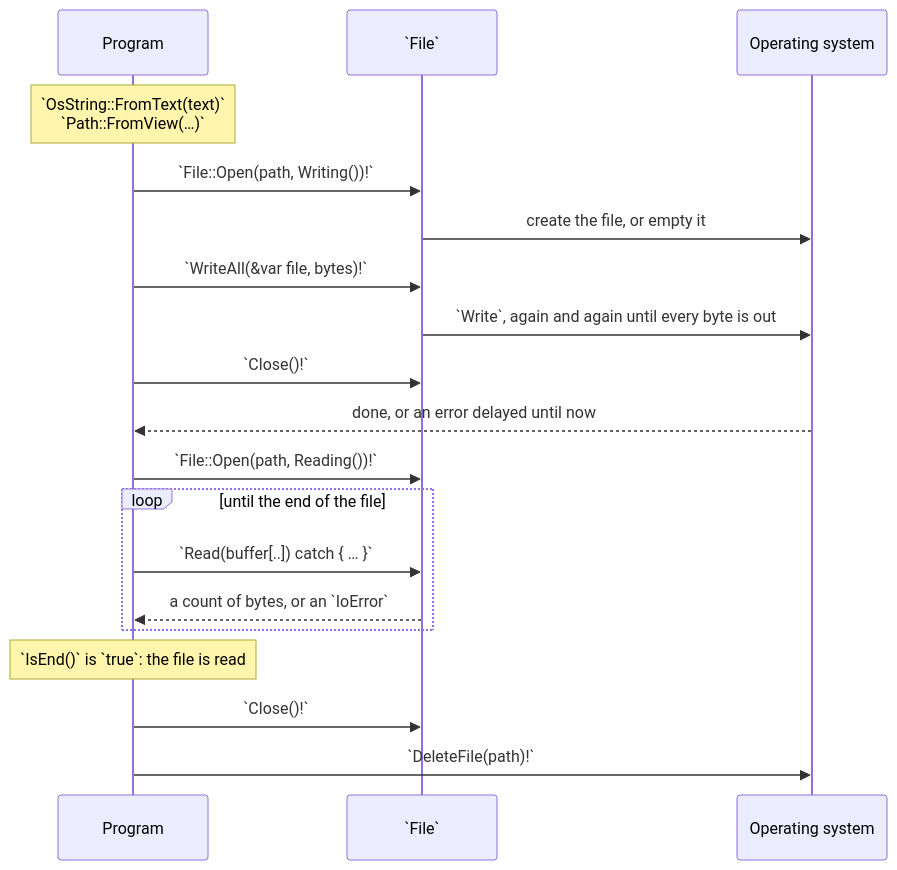
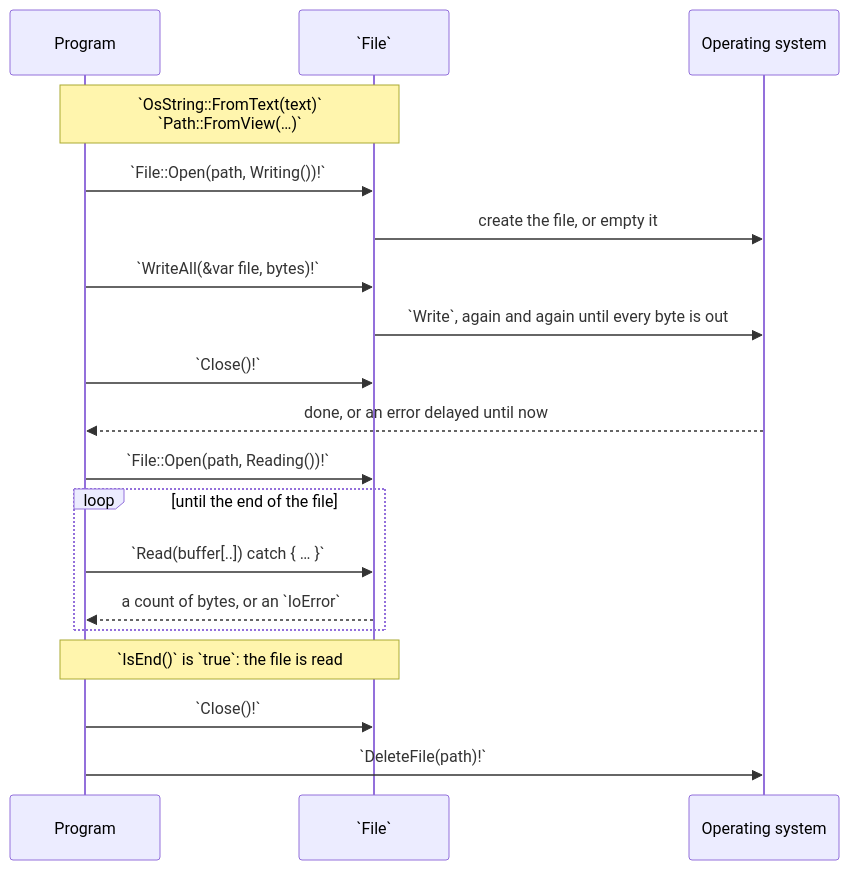
One commit to rux-lang/Web changed the diagram in content/docs/1.learn/19.files/00.index.md. Above: the diagram before and after it, drawn with Mermaid. The commit also changed 46 other files, not shown here.

First line of the commit message:
Fit the course diagrams on phone screens

````diff
--- a/content/docs/1.learn/19.files/00.index.md
+++ b/content/docs/1.learn/19.files/00.index.md
@@ -27,21 +27,21 @@
 ```mermaid
 sequenceDiagram
     participant P as Program
     participant F as `File`
     participant OS as Operating system
-    Note over P: `OsString::FromText(text)`<br/>`Path::FromView(…)`
+    Note over P,F: `OsString::FromText(text)`<br/>`Path::FromView(…)`
     P->>F: `File::Open(path, Writing())!`
     F->>OS: create the file, or empty it
     P->>F: `WriteAll(&var file, bytes)!`
     F->>OS: `Write`, again and again until every byte is out
     P->>F: `Close()!`
     OS-->>P: done, or an error delayed until now
     P->>F: `File::Open(path, Reading())!`
     loop until the end of the file
         P->>F: `Read(buffer[..]) catch { … }`
         F-->>P: a count of bytes, or an `IoError`
     end
-    Note over P: `IsEnd()` is `true`: the file is read
+    Note over P,F: `IsEnd()` is `true`: the file is read
     P->>F: `Close()!`
     P->>OS: `DeleteFile(path)!`
 ```
````
